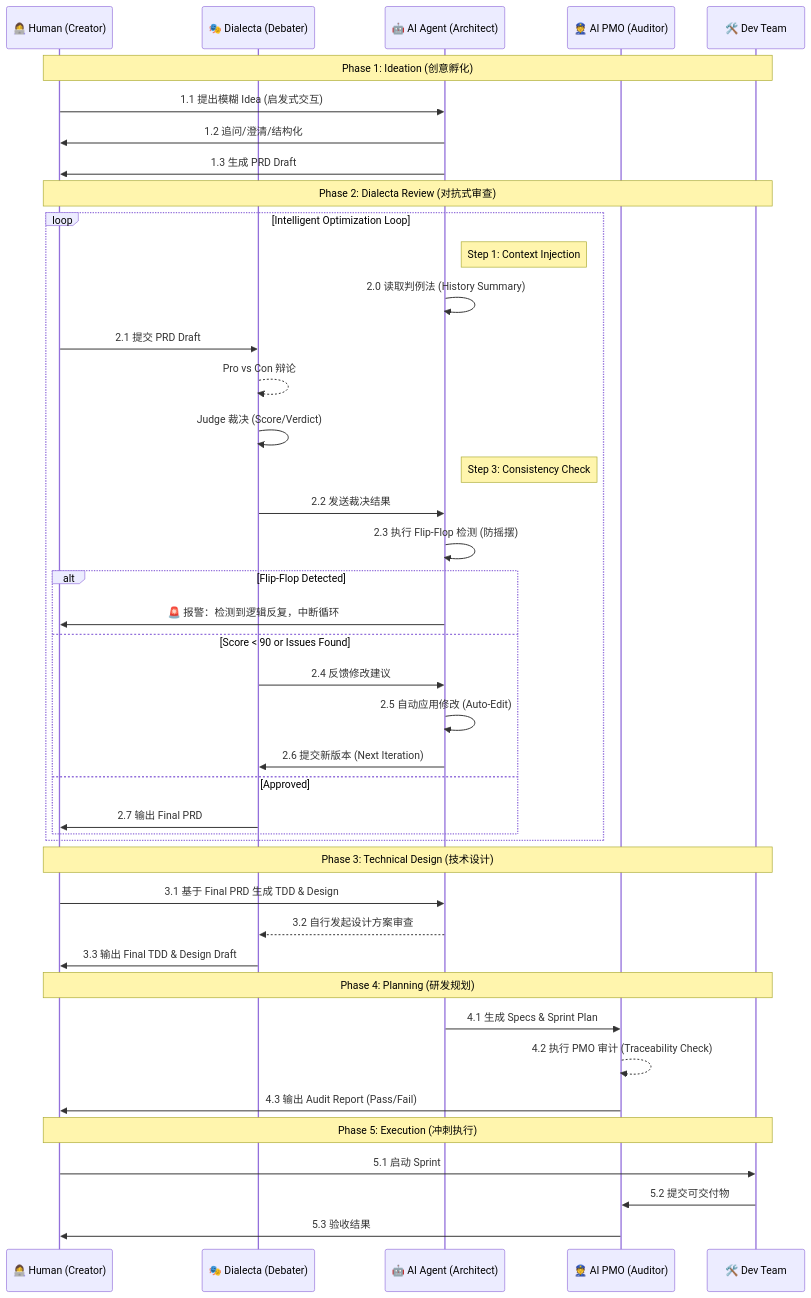
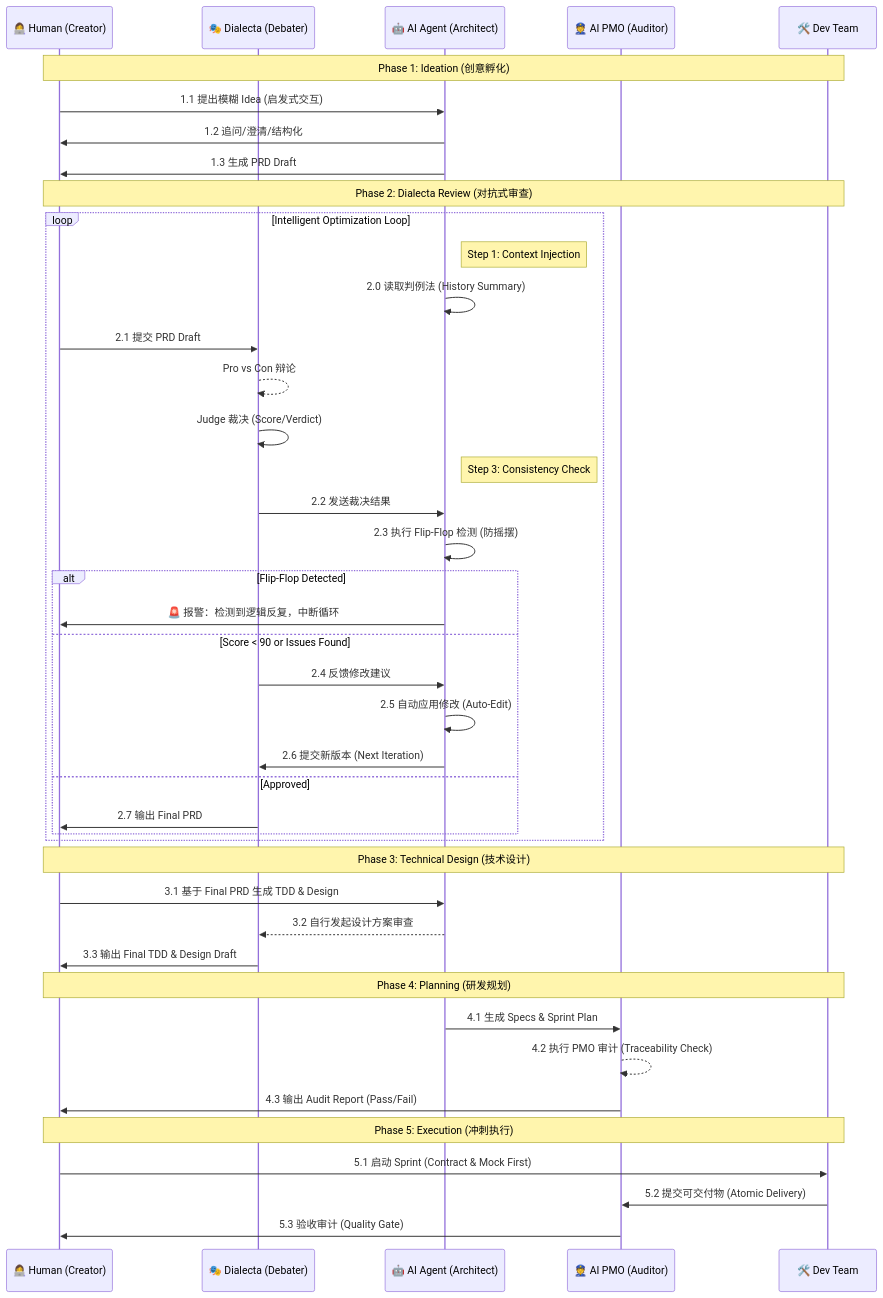
One commit to hrygo/council changed the diagram in docs/methodology/AI_DRIVEN_PRODUCT_PROCESS.md. Above: the diagram before and after it, drawn with Mermaid. The commit also changed other lines of this file, not shown here.

````diff
--- a/docs/methodology/AI_DRIVEN_PRODUCT_PROCESS.md
+++ b/docs/methodology/AI_DRIVEN_PRODUCT_PROCESS.md
@@ -27,52 +26,52 @@
 ```mermaid
 sequenceDiagram
     participant H as 👩‍💻 Human (Creator)
     participant D as 🎭 Dialecta (Debater)
     participant A as 🤖 AI Agent (Architect)
     participant P as 👮 AI PMO (Auditor)
     participant E as 🛠️ Dev Team
 
     Note over H, E: Phase 1: Ideation (创意孵化)
     H->>A: 1.1 提出模糊 Idea (启发式交互)
     A->>H: 1.2 追问/澄清/结构化
     A->>H: 1.3 生成 PRD Draft
     
     Note over H, E: Phase 2: Dialecta Review (对抗式审查)
     loop Intelligent Optimization Loop
         Note right of A: Step 1: Context Injection
         A->>A: 2.0 读取判例法 (History Summary)
         
         H->>D: 2.1 提交 PRD Draft
         D-->>D: Pro vs Con 辩论
         D->>D: Judge 裁决 (Score/Verdict)
 
         Note right of A: Step 3: Consistency Check
         D->>A: 2.2 发送裁决结果
         A->>A: 2.3 执行 Flip-Flop 检测 (防摇摆)
 
         alt Flip-Flop Detected
             A->>H: 🚨 报警：检测到逻辑反复，中断循环
         else Score < 90 or Issues Found
             D->>A: 2.4 反馈修改建议
             A->>A: 2.5 自动应用修改 (Auto-Edit)
             A->>D: 2.6 提交新版本 (Next Iteration)
         else Approved
             D->>H: 2.7 输出 Final PRD
         end
     end
 
     Note over H, E: Phase 3: Technical Design (技术设计)
     H->>A: 3.1 基于 Final PRD 生成 TDD & Design
     A-->>D: 3.2 自行发起设计方案审查
     D->>H: 3.3 输出 Final TDD & Design Draft
 
     Note over H, E: Phase 4: Planning (研发规划)
     A->>P: 4.1 生成 Specs & Sprint Plan
     P-->>P: 4.2 执行 PMO 审计 (Traceability Check)
     P->>H: 4.3 输出 Audit Report (Pass/Fail)
 
     Note over H, E: Phase 5: Execution (冲刺执行)
-    H->>E: 5.1 启动 Sprint
-    E->>P: 5.2 提交可交付物
-    P->>H: 5.3 验收结果
+    H->>E: 5.1 启动 Sprint (Contract & Mock First)
+    E->>P: 5.2 提交可交付物 (Atomic Delivery)
+    P->>H: 5.3 验收审计 (Quality Gate)
 ```
````
